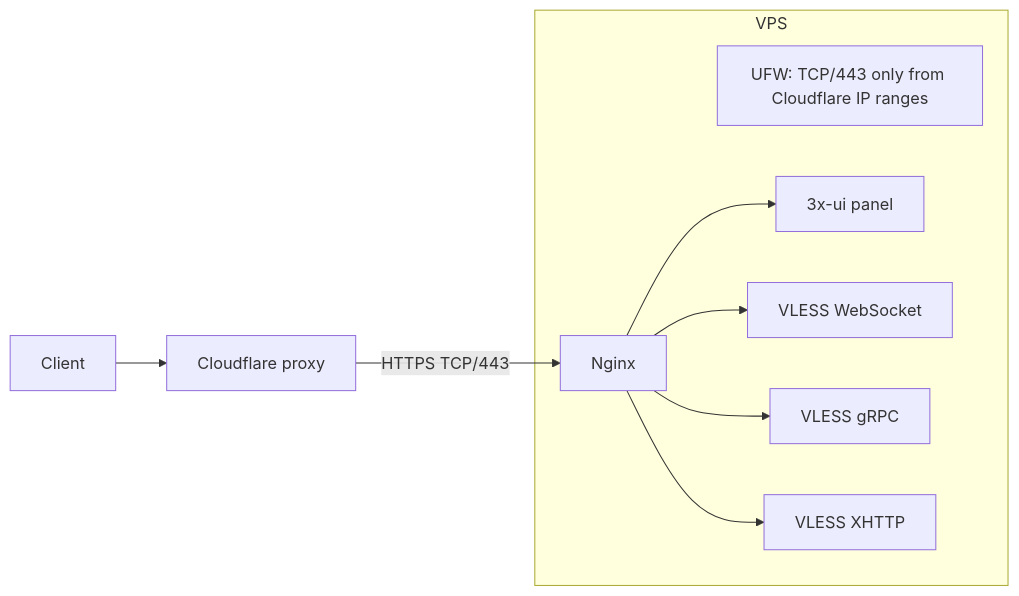
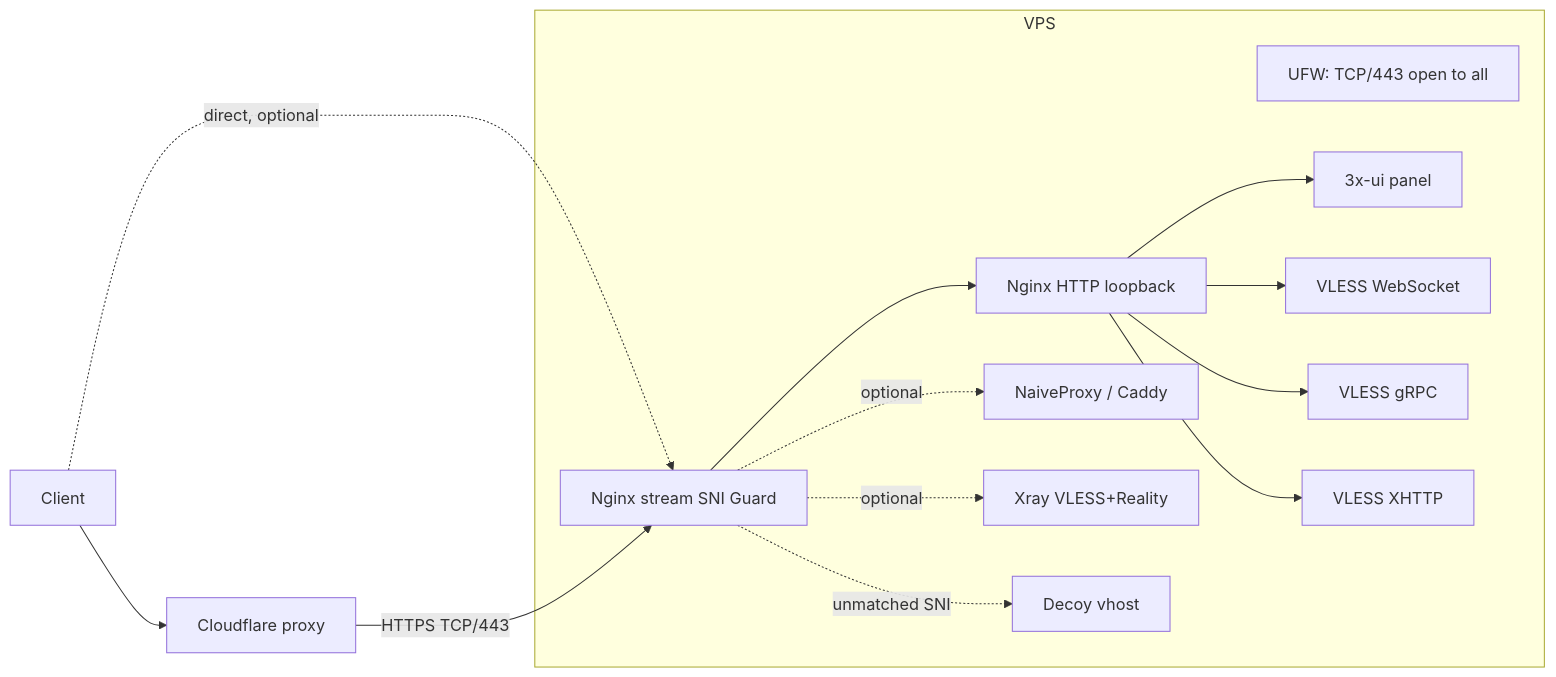
Before and after one commit to andletenkov/3x-ui-nginx-proxy: the diagram in README.md, drawn with Mermaid. The commit also changed other lines of this file and 2 other files, not shown here.

Commit message:
docs: document Reality/NaiveProxy/VLESS Encryption; extend client links and verification

````diff
--- a/README.md
+++ b/README.md
@@ -16,13 +19,18 @@
 ```mermaid
 flowchart LR
     Client --> CF[Cloudflare proxy]
-    CF -->|HTTPS TCP/443| Nginx[Nginx]
+    Client -.direct, optional.-> Stream
+    CF -->|HTTPS TCP/443| Stream[Nginx stream SNI Guard]
 
     subgraph VPS
-      UFW[UFW: TCP/443 only from Cloudflare IP ranges]
-      Nginx --> Panel[3x-ui panel]
-      Nginx --> WS[VLESS WebSocket]
-      Nginx --> GRPC[VLESS gRPC]
-      Nginx --> XHTTP[VLESS XHTTP]
+      UFW[UFW: TCP/443 open to all]
+      Stream --> NginxHTTP[Nginx HTTP loopback]
+      Stream -.optional.-> Caddy[NaiveProxy / Caddy]
+      Stream -.optional.-> XrayReality[Xray VLESS+Reality]
+      Stream -.unmatched SNI.-> Decoy[Decoy vhost]
+      NginxHTTP --> Panel[3x-ui panel]
+      NginxHTTP --> WS[VLESS WebSocket]
+      NginxHTTP --> GRPC[VLESS gRPC]
+      NginxHTTP --> XHTTP[VLESS XHTTP]
     end
 ```
````
